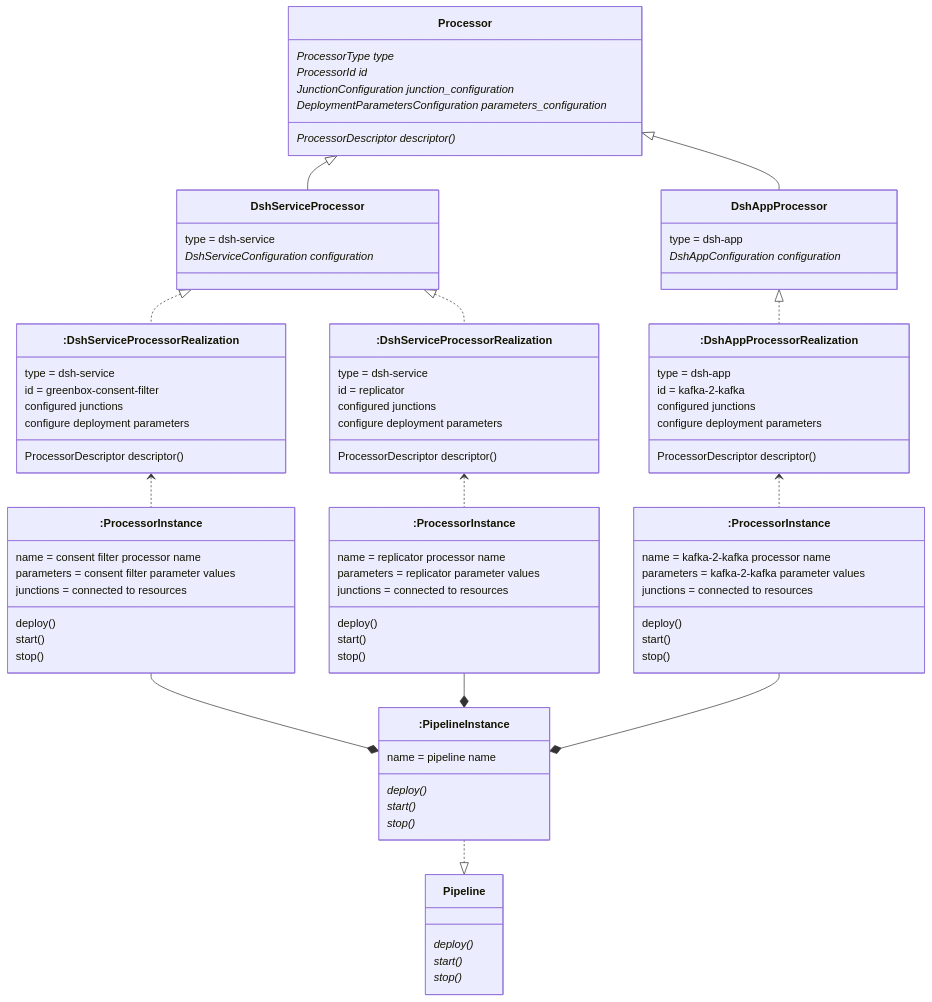
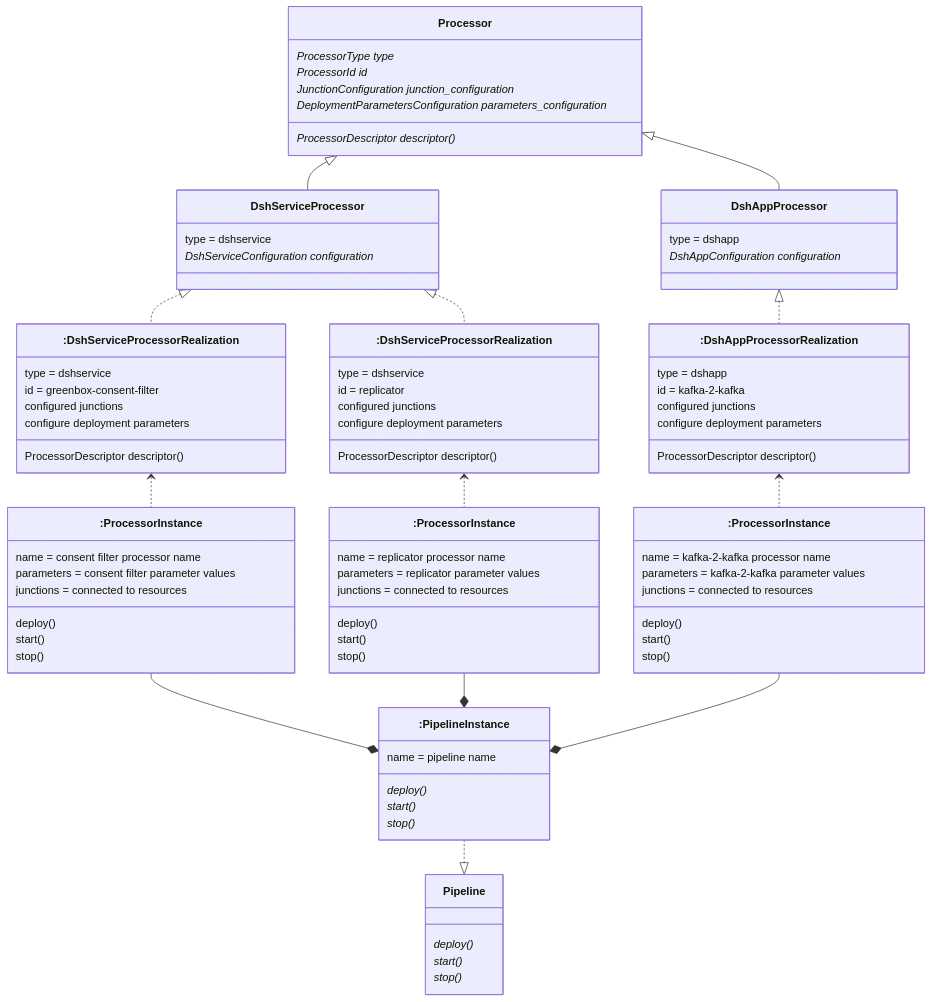
The diagram in design/model.md (kpn-dsh/dsh-cli), drawn with Mermaid before and after one commit. The commit also changed other lines of this file and 57 other files, not shown here.

Commit message:
New naming schema

```diff
--- a/design/model.md
+++ b/design/model.md
@@ -60,17 +60,17 @@
         ProcessorDescriptor descriptor()*
     }
     class DshServiceProcessor {
-        type = dsh-service
+        type = dshservice
         DshServiceConfiguration configuration*
     }
     Processor <|-- DshServiceProcessor
     class DshAppProcessor {
-        type = dsh-app
+        type = dshapp
         DshAppConfiguration configuration*
     }
     Processor <|-- DshAppProcessor
     class ConsentFilterRealization[":DshServiceProcessorRealization"] {
-        type = dsh-service
+        type = dshservice
         id = greenbox-consent-filter
         configured junctions
         configure deployment parameters
@@ -78,7 +78,7 @@
     }
     DshServiceProcessor <|.. ConsentFilterRealization
     class ReplicatorRealization[":DshServiceProcessorRealization"] {
-        type = dsh-service
+        type = dshservice
         id = replicator
         configured junctions
         configure deployment parameters
@@ -86,7 +86,7 @@
     }
     DshServiceProcessor <|.. ReplicatorRealization
     class Kafka2KafkaRealization[":DshAppProcessorRealization"] {
-        type = dsh-app
+        type = dshapp
         id = kafka-2-kafka
         configured junctions
         configure deployment parameters
```
